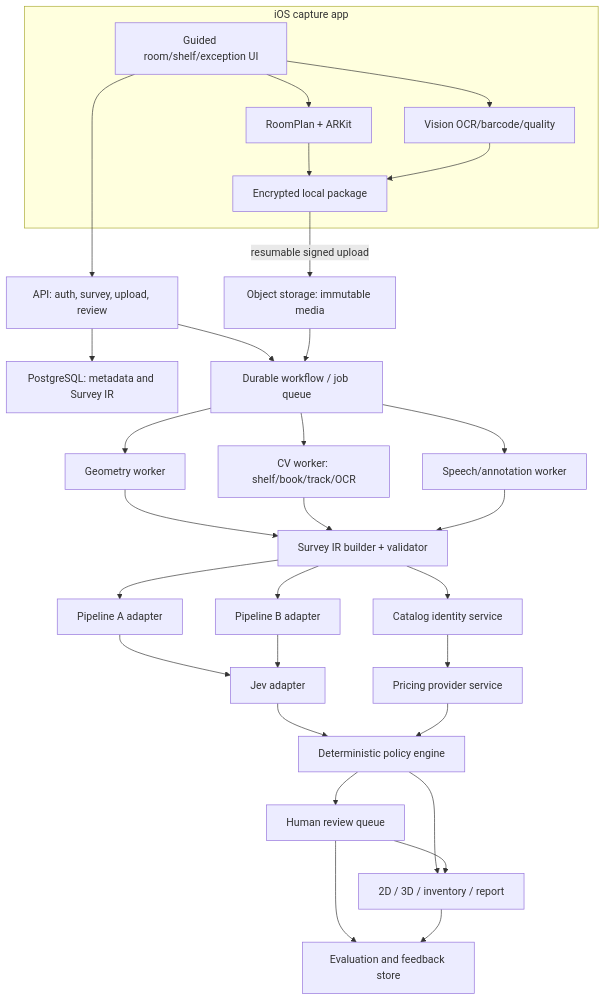
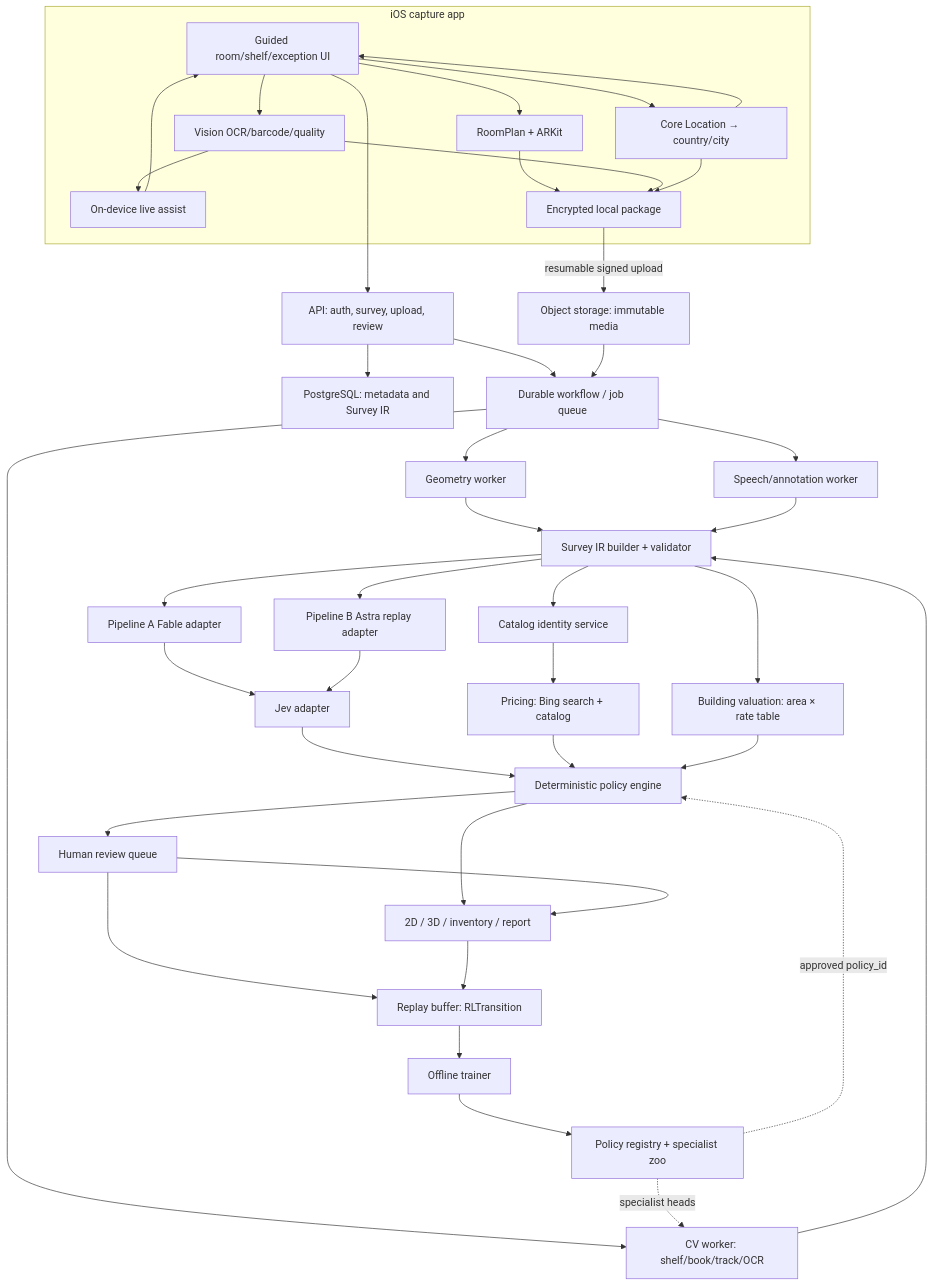
One commit to harshsinha-12/library-estimate changed the sixth of 8 diagrams in FINAL-PLAN.md. Above: the diagram before and after it, drawn with Mermaid. The commit also changed other lines of this file, not shown here.

Commit message:
Refine FINAL-PLAN.md with detailed comparisons of model pipelines, explicit capture methods, and structured scope adjustments. Clarify deviations from initial requirements and emphasize the use of Bing search for price discovery, alongside a staged RL loop for model training.

````diff
--- a/FINAL-PLAN.md
+++ b/FINAL-PLAN.md
@@ -616,40 +925,53 @@
 ```mermaid
 flowchart TB
   subgraph Phone["iOS capture app"]
     UI["Guided room/shelf/exception UI"]
     RP["RoomPlan + ARKit"]
     LV["Vision OCR/barcode/quality"]
+    LA["On-device live assist"]
+    CL["Core Location → country/city"]
     LS["Encrypted local package"]
     UI --> RP
     UI --> LV
+    UI --> CL
+    LV --> LA
+    LA --> UI
+    CL --> UI
     RP --> LS
     LV --> LS
+    CL --> LS
   end
 
   LS -->|"resumable signed upload"| OBJ["Object storage: immutable media"]
   UI --> API["API: auth, survey, upload, review"]
   API --> DB["PostgreSQL: metadata and Survey IR"]
   API --> WF["Durable workflow / job queue"]
   OBJ --> WF
 
   WF --> GEO["Geometry worker"]
   WF --> CV["CV worker: shelf/book/track/OCR"]
   WF --> STT["Speech/annotation worker"]
   GEO --> IR["Survey IR builder + validator"]
   CV --> IR
   STT --> IR
 
   IR --> CAT["Catalog identity service"]
-  CAT --> PRICE["Pricing provider service"]
-  IR --> PA["Pipeline A adapter"]
-  IR --> PB["Pipeline B adapter"]
+  CAT --> PRICE["Pricing: Bing search + catalog"]
+  IR --> BVAL["Building valuation: area × rate table"]
+  IR --> PA["Pipeline A Fable adapter"]
+  IR --> PB["Pipeline B Astra replay adapter"]
   PA --> JEV["Jev adapter"]
   PB --> JEV
   JEV --> POL["Deterministic policy engine"]
   PRICE --> POL
+  BVAL --> POL
   POL --> REVIEW["Human review queue"]
   POL --> REPORT["2D / 3D / inventory / report"]
   REVIEW --> REPORT
-  REVIEW --> FEED["Evaluation and feedback store"]
-  REPORT --> FEED
+  REVIEW --> BUF["Replay buffer: RLTransition"]
+  REPORT --> BUF
+  BUF --> TRAIN["Offline trainer"]
+  TRAIN --> REG["Policy registry + specialist zoo"]
+  REG -.->|approved policy_id| POL
+  REG -.->|specialist heads| CV
 ```
````
